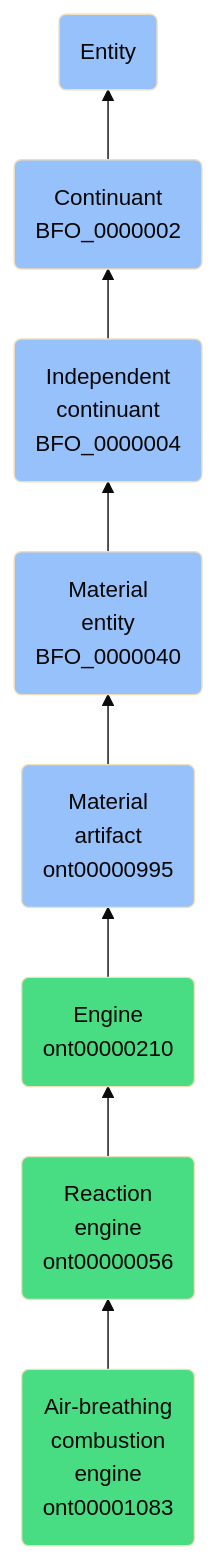
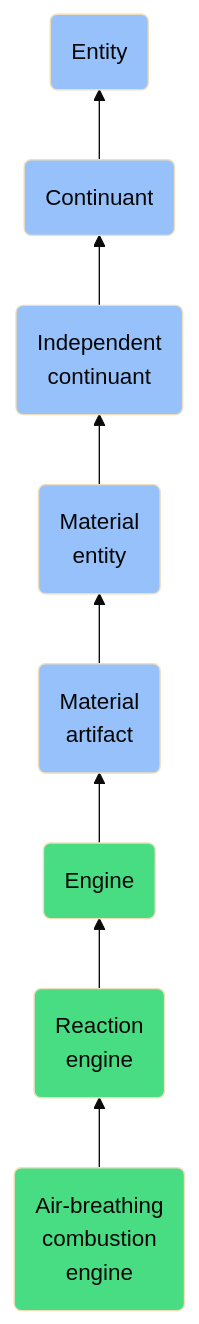
One commit to jupyter-naas/abi changed the diagram in docs/ontology/reference/model/Entity/Continuant/Independent continuant/Material entity/Material artifact/Engine/Reaction engine/Air-breathing combustion engine/Air-breathing combustion engine.md. Above: the diagram before and after it, drawn with Mermaid (base theme). The commit also changed other lines of this file and 1430 other files, not shown here.

````diff
--- a/docs/ontology/reference/model/Entity/Continuant/Independent continuant/Material entity/Material artifact/Engine/Reaction engine/Air-breathing combustion engine/Air-breathing combustion engine.md
+++ b/docs/ontology/reference/model/Entity/Continuant/Independent continuant/Material entity/Material artifact/Engine/Reaction engine/Air-breathing combustion engine/Air-breathing combustion engine.md
@@ -24,15 +24,15 @@
 ```mermaid
 graph BT
-    ont00001083(Air-breathing<br>combustion<br>engine<br>ont00001083):::ABI-->ont00000056
-    ont00000056(Reaction<br>engine<br>ont00000056):::ABI-->ont00000210
-    ont00000210(Engine<br>ont00000210):::ABI-->ont00000995
-    ont00000995(Material<br>artifact<br>ont00000995):::BFO-->BFO_0000040
-    BFO_0000040(Material<br>entity<br>BFO_0000040):::BFO-->BFO_0000004
-    BFO_0000004(Independent<br>continuant<br>BFO_0000004):::BFO-->BFO_0000002
-    BFO_0000002(Continuant<br>BFO_0000002):::BFO-->BFO_0000001
+    ont00001083(Air-breathing<br>combustion<br>engine):::ABI-->ont00000056
+    ont00000056(Reaction<br>engine):::ABI-->ont00000210
+    ont00000210(Engine):::ABI-->ont00000995
+    ont00000995(Material<br>artifact):::BFO-->BFO_0000040
+    BFO_0000040(Material<br>entity):::BFO-->BFO_0000004
+    BFO_0000004(Independent<br>continuant):::BFO-->BFO_0000002
+    BFO_0000002(Continuant):::BFO-->BFO_0000001
     BFO_0000001(Entity):::BFO
     
     classDef BFO fill:#97c1fb,color:#060606
     classDef CCO fill:#e4c51e,color:#060606
     classDef ABI fill:#48DD82,color:#060606
 ```
````
